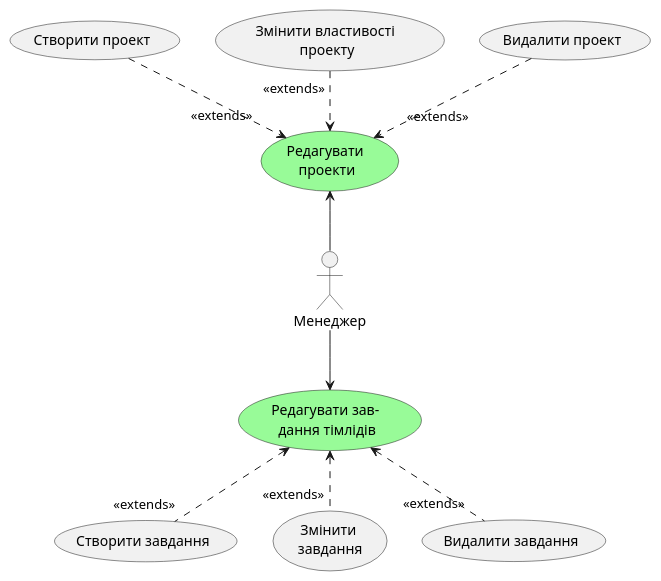
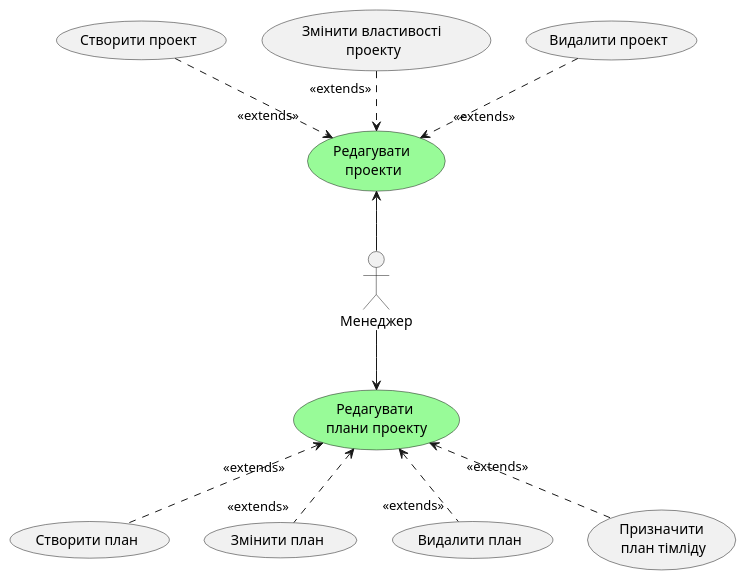
The second of 17 diagrams in docs/use cases/README.md (vtarasiuk/proj-control), drawn with PlantUML before and after one commit. The commit also changed other lines of this file, not shown here.

```diff
--- a/docs/use cases/README.md
+++ b/docs/use cases/README.md
@@ -63,30 +63,32 @@
 @startuml
 
   actor Менеджер
   usecase "Редагувати \nпроекти" as EDPROJ #palegreen
-  usecase "Редагувати зав- \nдання тімлідів" as EDTASK #palegreen
+  usecase "Редагувати \nплани проекту" as EDPLAN #palegreen
 
 
   Менеджер -u-> EDPROJ
   
   usecase "Створити проект" as CRPROJ
   usecase "Змінити властивості \nпроекту" as EDPROJPROP
   usecase "Видалити проект" as DELPROJ
   
   CRPROJ .d.>"<<extends>>" EDPROJ
   EDPROJPROP "<<extends>>" .d.> EDPROJ
   DELPROJ .d.>"<<extends>>" EDPROJ
 
 
-  Менеджер --> EDTASK
+  Менеджер --> EDPLAN
   
-  usecase "Створити завдання" as CRTLTASK
-  usecase "Змінити \nзавдання" as EDTLTASK
-  usecase "Видалити завдання" as DELTLTASK
+  usecase "Створити план" as CRTLPLAN
+  usecase "Змінити план" as EDTLPLAN
+  usecase "Видалити план" as DELTLPLAN
+  usecase "Призначити\n план тімліду" as ASSIGNPLAN
   
-  CRTLTASK "<<extends>>" .u.> EDTASK
-  EDTLTASK "<<extends>>" .u.> EDTASK
-  DELTLTASK "<<extends>>" .u.> EDTASK
+  CRTLPLAN .u.>"<<extends>>" EDPLAN
+  EDTLPLAN "<<extends>>".u.> EDPLAN
+  DELTLPLAN "<<extends>>".u.> EDPLAN
+  ASSIGNPLAN .u.>"<<extends>>" EDPLAN
   
   
 @enduml
```
